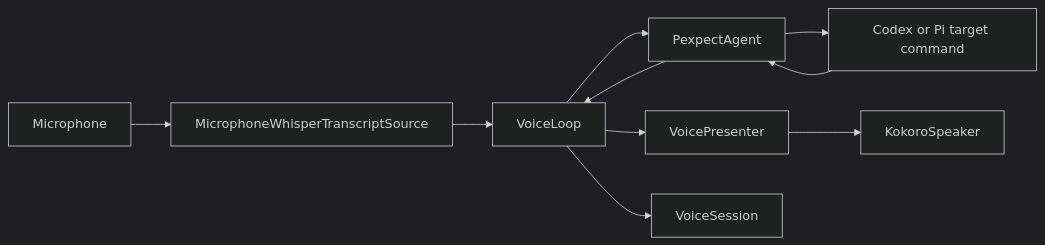
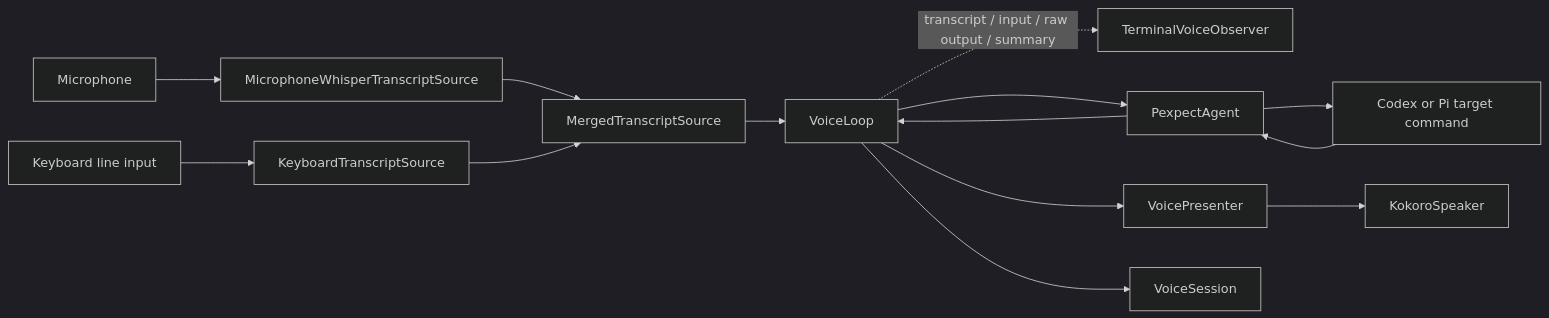
The second of 4 diagrams in docs/architecture.md (m1ser4ble/agent-voice), drawn with Mermaid (dark theme) before and after one commit. The commit also changed other lines of this file and 7 other files, not shown here.

````diff
--- a/docs/architecture.md
+++ b/docs/architecture.md
@@ -224,19 +227,26 @@
 ```mermaid
 flowchart LR
     Mic[Microphone]
-    Source[MicrophoneWhisperTranscriptSource]
+    Keyboard[Keyboard line input]
+    MicSource[MicrophoneWhisperTranscriptSource]
+    KeyboardSource[KeyboardTranscriptSource]
+    Source[MergedTranscriptSource]
     Loop[VoiceLoop]
+    Observer[TerminalVoiceObserver]
     Adapter[PexpectAgent]
     Agent[Codex or Pi target command]
     Presenter[VoicePresenter]
     Speaker[KokoroSpeaker]
     Session[VoiceSession]
 
-    Mic --> Source --> Loop
+    Mic --> MicSource --> Source
+    Keyboard --> KeyboardSource --> Source
+    Source --> Loop
     Loop --> Session
+    Loop -. transcript / input / raw output / summary .-> Observer
     Loop --> Adapter
     Adapter --> Agent
     Agent --> Adapter
     Adapter --> Loop
     Loop --> Presenter --> Speaker
 ```
````
